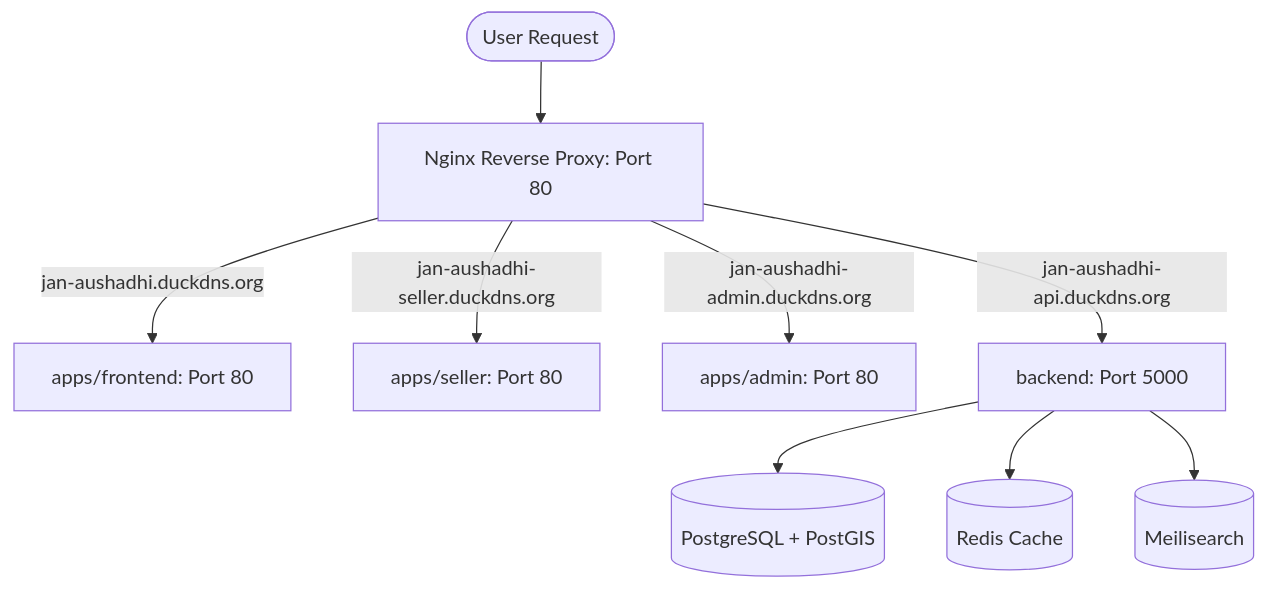
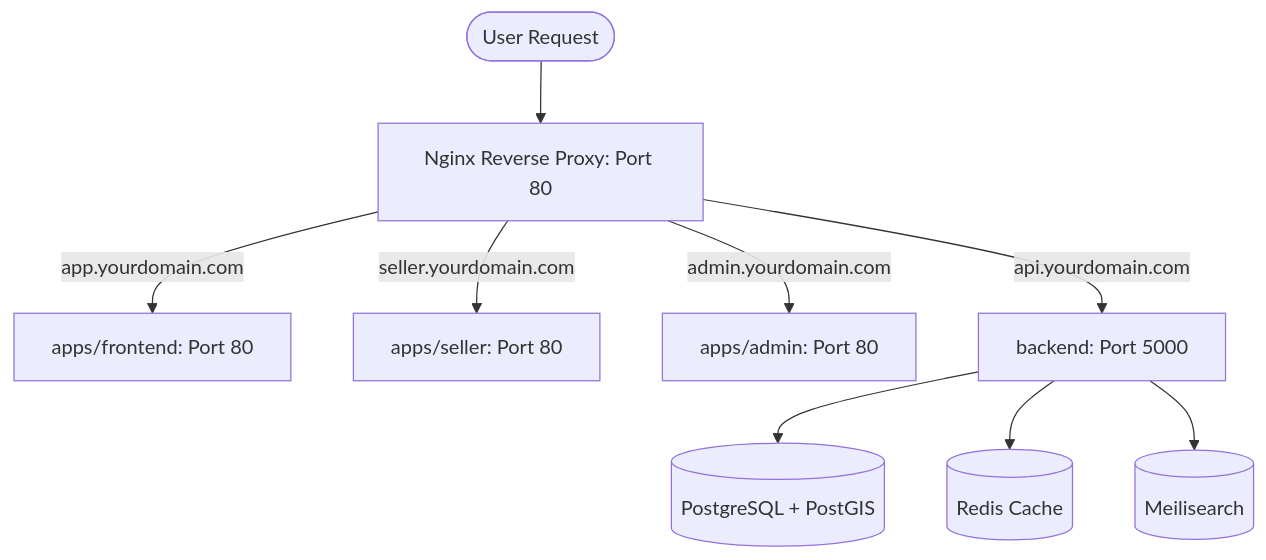
One commit to Pratham-The-Warrior/Jan-Aushadhi changed the third of 3 diagrams in docs/technical_doc.md. Above: the diagram before and after it, drawn with Mermaid. The commit also changed other lines of this file and 1 other file, not shown here.

Commit message:
chore: replace DuckDNS domains with generic yourdomain.com placeholders

````diff
--- a/docs/technical_doc.md
+++ b/docs/technical_doc.md
@@ -387,13 +387,13 @@
 ```mermaid
 graph TD
     User([User Request]) --> Nginx[Nginx Reverse Proxy: Port 80]
     
-    Nginx -- "jan-aushadhi.duckdns.org" --> FE[apps/frontend: Port 80]
-    Nginx -- "jan-aushadhi-seller.duckdns.org" --> SE[apps/seller: Port 80]
-    Nginx -- "jan-aushadhi-admin.duckdns.org" --> AD[apps/admin: Port 80]
-    Nginx -- "jan-aushadhi-api.duckdns.org" --> BE[backend: Port 5000]
+    Nginx -- "app.yourdomain.com" --> FE[apps/frontend: Port 80]
+    Nginx -- "seller.yourdomain.com" --> SE[apps/seller: Port 80]
+    Nginx -- "admin.yourdomain.com" --> AD[apps/admin: Port 80]
+    Nginx -- "api.yourdomain.com" --> BE[backend: Port 5000]
 
     BE --> PG[(PostgreSQL + PostGIS)]
     BE --> RD[(Redis Cache)]
     BE --> MS[(Meilisearch)]
 ```
````
